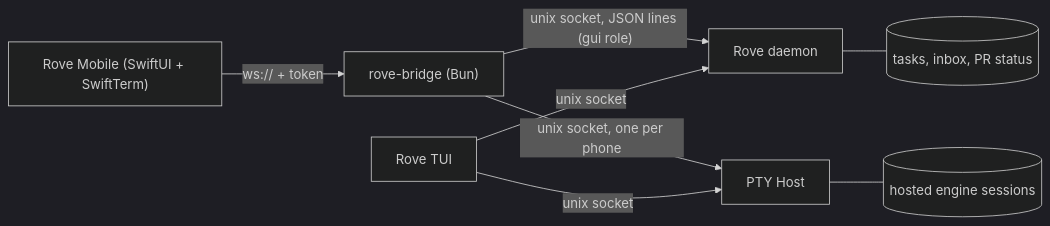
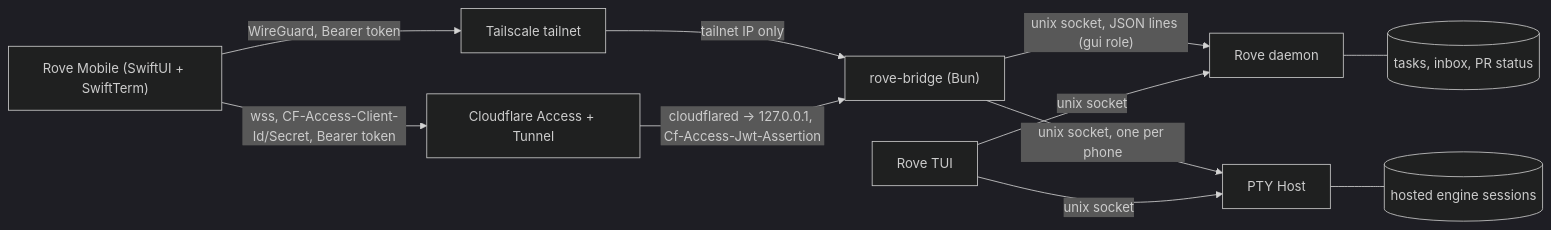
Before and after one commit to Sma1lboy/rove: the diagram in docs/IOS.md, drawn with Mermaid (dark theme). The commit also changed other lines of this file and 9 other files, not shown here.

First line of the commit message:
feat: bridge presets for Tailscale and Cloudflare Access; token only in a header

````diff
--- a/docs/IOS.md
+++ b/docs/IOS.md
@@ -54,10 +61,13 @@
 ```mermaid
 flowchart LR
-  phone["Rove Mobile (SwiftUI + SwiftTerm)"] -- "ws:// + token" --> bridge["rove-bridge (Bun)"]
+  phone["Rove Mobile (SwiftUI + SwiftTerm)"] -- "WireGuard, Bearer token" --> tailnet["Tailscale tailnet"]
+  phone -- "wss, CF-Access-Client-Id/Secret, Bearer token" --> cf["Cloudflare Access + Tunnel"]
+  tailnet -- "tailnet IP only" --> bridge["rove-bridge (Bun)"]
+  cf -- "cloudflared → 127.0.0.1, Cf-Access-Jwt-Assertion" --> bridge
   bridge -- "unix socket, JSON lines (gui role)" --> daemon["Rove daemon"]
   bridge -- "unix socket, one per phone" --> pty["PTY Host"]
   tui["Rove TUI"] -- "unix socket" --> daemon
   tui -- "unix socket" --> pty
   daemon --- state[("tasks, inbox, PR status")]
   pty --- sessions[("hosted engine sessions")]
 ```
````
